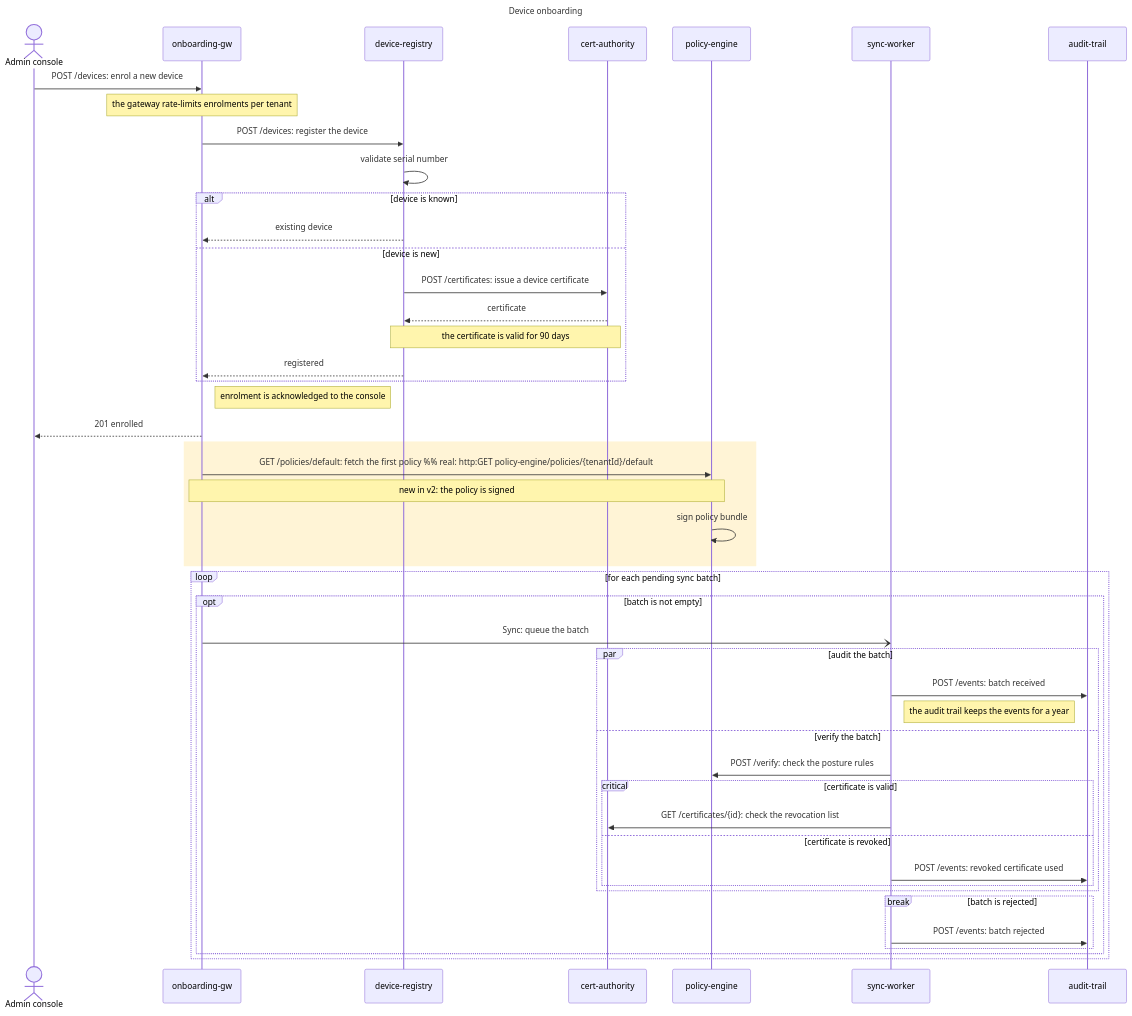
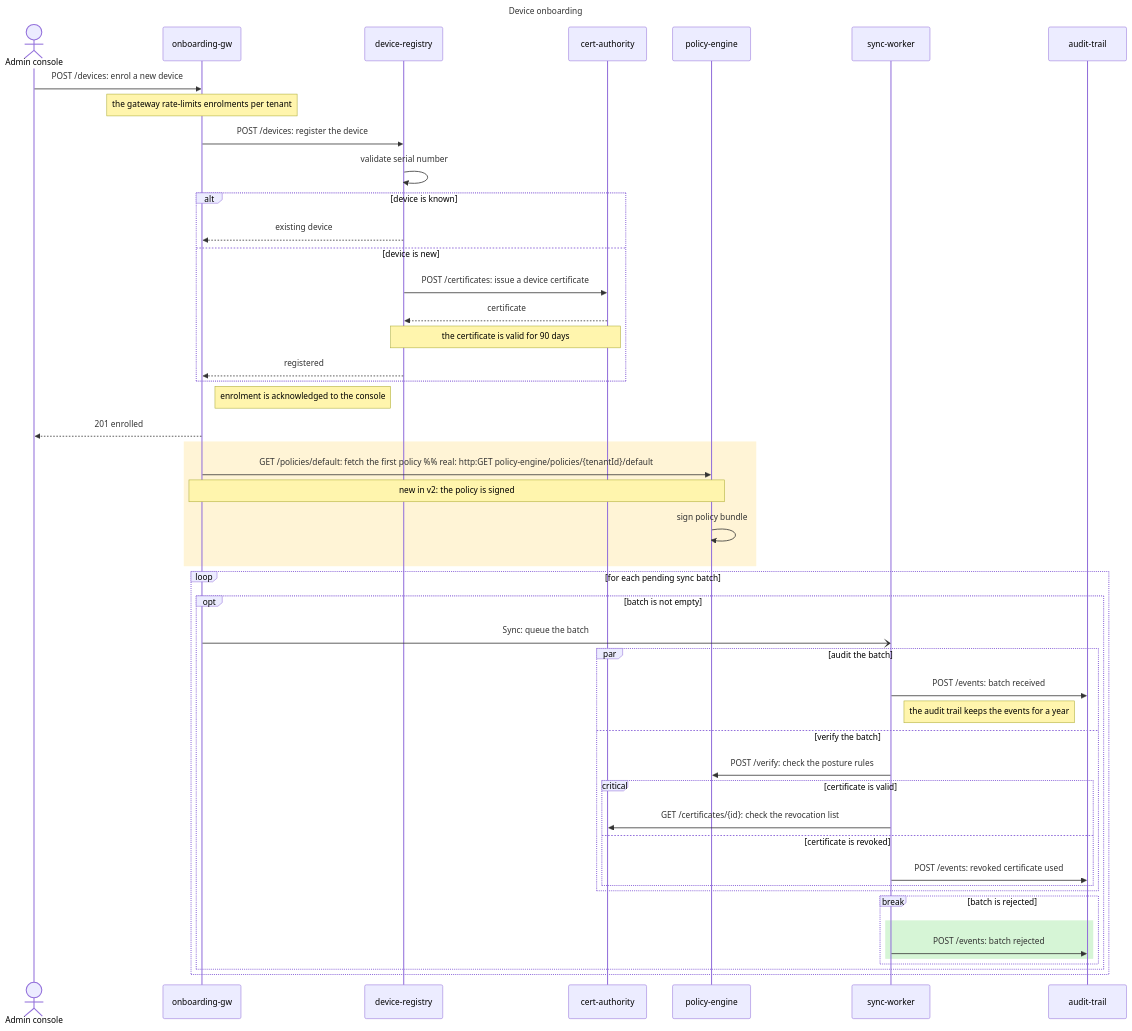
One commit to AGilai/Flow-Mapper changed the diagram in samples/mermaid/hld-full.mmd. Above: the diagram before and after it, drawn with Mermaid. The commit also changed 3 other files, not shown here.

```diff
--- a/samples/mermaid/hld-full.mmd
+++ b/samples/mermaid/hld-full.mmd
@@ -1,57 +1,59 @@
 %% Demo for the fuller Mermaid import (0.33.1): a Confluence-style HLD sequence diagram with every construct the importer reads.
 %% Import it into a draft of sase-hld (or a blank design) with "Import Mermaid...".
 %% flow: Device onboarding and first sync (from Confluence)
 %% link: Confluence page https://wiki.example.com/display/SASE/Device+onboarding
 %% link: Threat model https://wiki.example.com/display/SASE/Onboarding+threat+model
 %% Description: A new device enrols, gets a certificate and its first policy, then syncs its posture. Frames, notes and changed steps follow the page.
 sequenceDiagram
     title Device onboarding
     actor Admin as Admin console
     participant GW as onboarding-gw
     participant REG as device-registry
     participant CA as cert-authority
     participant POL as policy-engine
     participant SYNC as sync-worker
     participant AUD as audit-trail
 
     Admin->>GW: POST /devices: enrol a new device
     Note over GW: the gateway rate-limits enrolments per tenant
     %% real: http:POST device-registry/v2/devices
     GW->>REG: POST /devices: register the device
     REG->>REG: validate serial number
     alt device is known
         REG-->>GW: existing device
     else device is new
         REG->>CA: POST /certificates: issue a device certificate
         CA-->>REG: certificate
         Note over REG,CA: the certificate is valid for 90 days
         REG-->>GW: registered
     end
     Note right of GW: enrolment is acknowledged to the console
     GW-->>Admin: 201 enrolled
 
     rect rgb(255, 244, 214)
         GW->>POL: GET /policies/default: fetch the first policy %% real: http:GET policy-engine/policies/{tenantId}/default
         Note over GW,POL: new in v2: the policy is signed
         POL->>POL: sign policy bundle
     end
 
     loop for each pending sync batch
         opt batch is not empty
             GW-)SYNC: Sync: queue the batch
             par audit the batch
                 SYNC->>AUD: POST /events: batch received
                 Note left of AUD: the audit trail keeps the events for a year
             and verify the batch
                 SYNC->>POL: POST /verify: check the posture rules
                 critical certificate is valid
                     SYNC->>CA: GET /certificates/{id}: check the revocation list
                 option certificate is revoked
                     SYNC->>AUD: POST /events: revoked certificate used
                 end
             end
             break batch is rejected
+                rect rgb(214, 245, 214)
                 SYNC->>AUD: POST /events: batch rejected
+                end
             end
         end
     end
```
